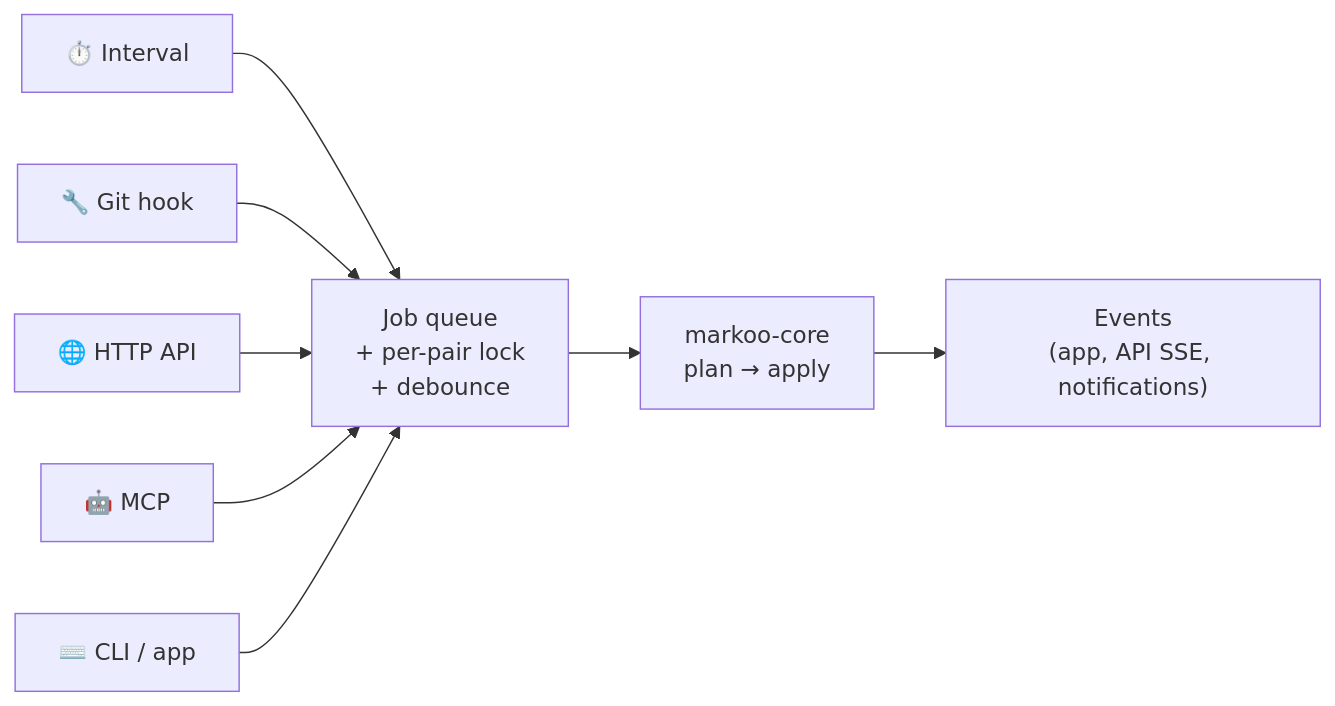
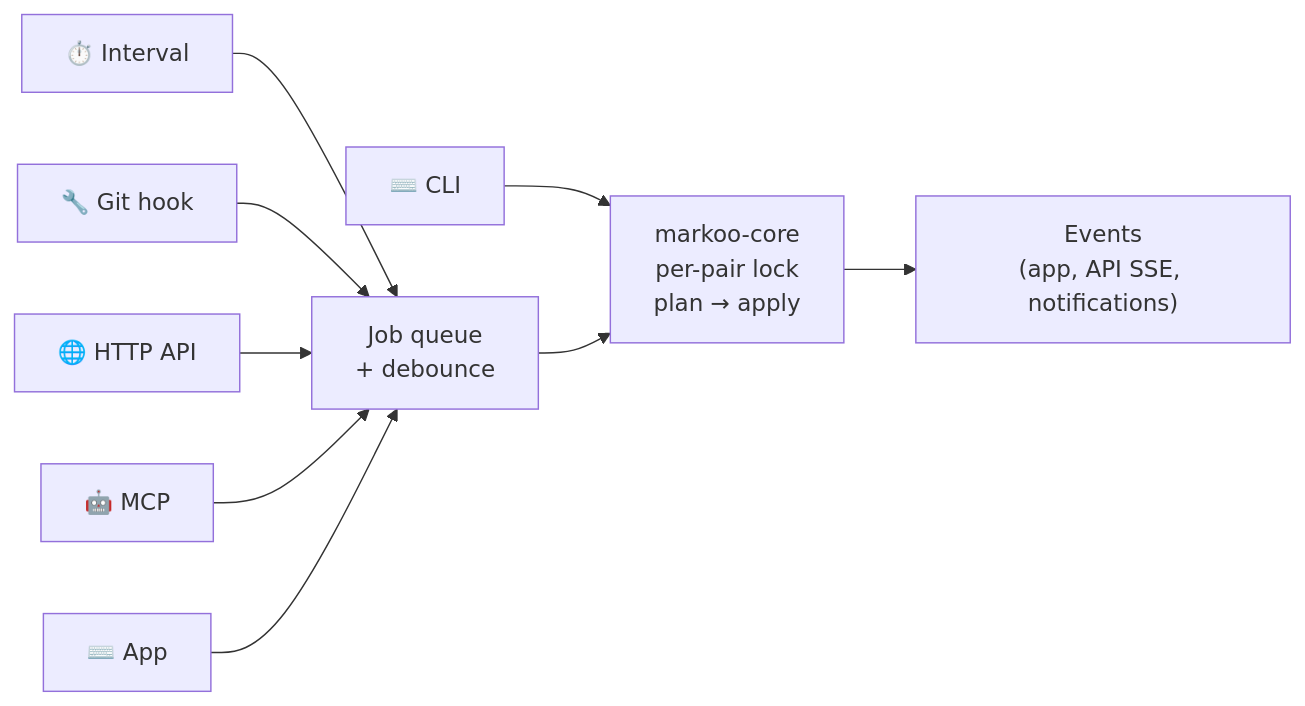
Before and after one commit to studoo-app/markoo: the first of 3 diagrams in documentation/en/05-triggers.md, drawn with Mermaid. The commit also changed other lines of this file and 34 other files, not shown here.

````diff
--- a/documentation/en/05-triggers.md
+++ b/documentation/en/05-triggers.md
@@ -7,10 +7,11 @@
 ```mermaid
 flowchart LR
     I["⏱️ Interval"] --> Q
     H["🔧 Git hook"] --> Q
     A["🌐 HTTP API"] --> Q
     M["🤖 MCP"] --> Q
-    C["⌨️ CLI / app"] --> Q
-    Q["Job queue<br/>+ per-pair lock<br/>+ debounce"] --> E["markoo-core<br/>plan → apply"]
+    C["⌨️ App"] --> Q
+    CLI["⌨️ CLI"] --> E
+    Q["Job queue<br/>+ debounce"] --> E["markoo-core<br/>per-pair lock<br/>plan → apply"]
     E --> EV["Events<br/>(app, API SSE, notifications)"]
 ```
````
